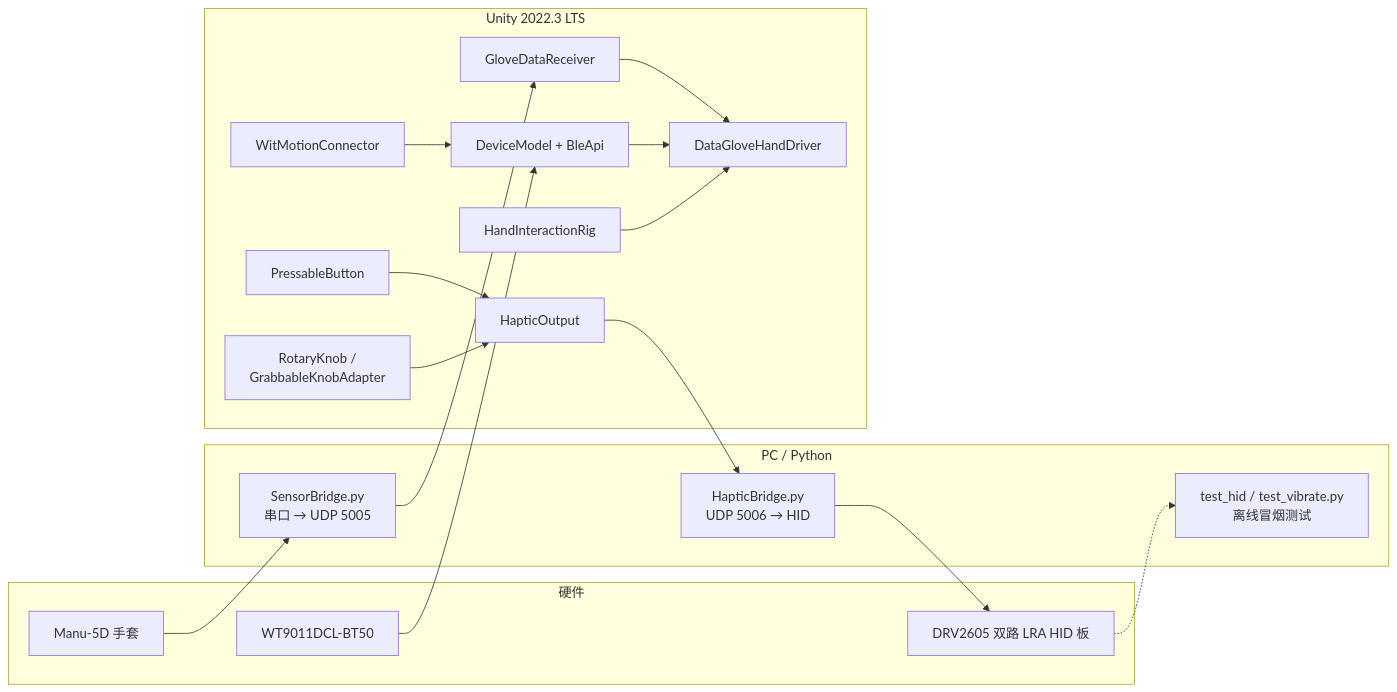
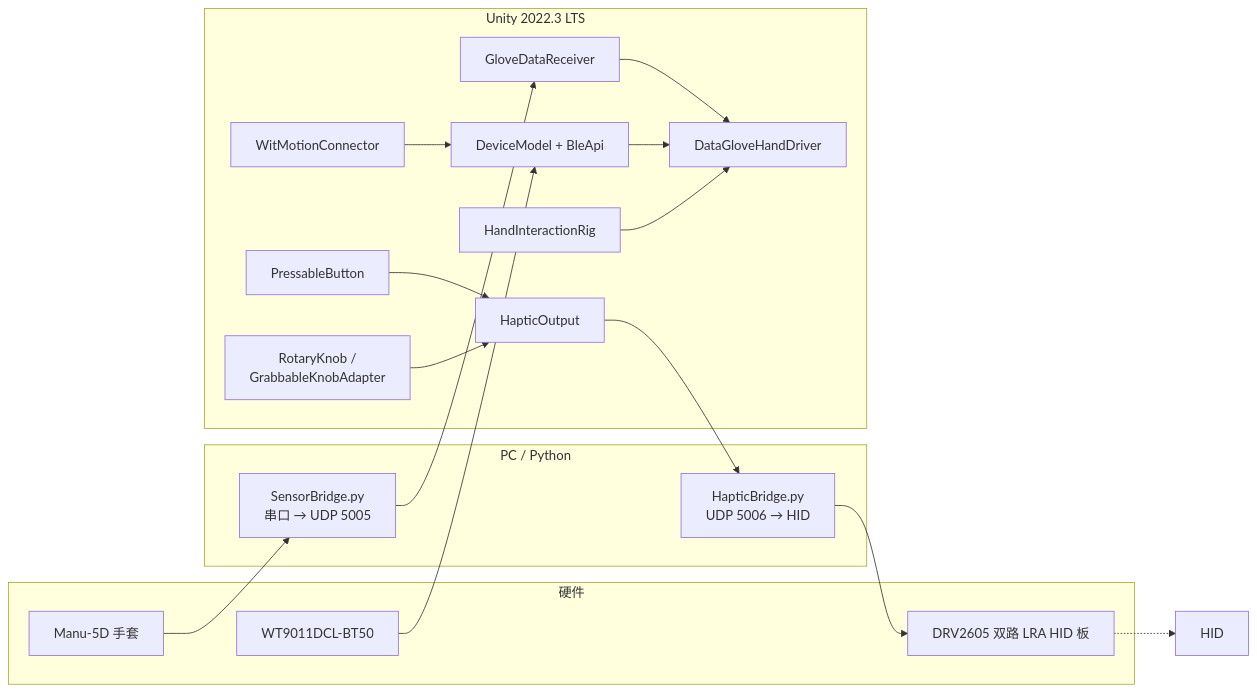
Before and after one commit to Eijiurus/Unity-Haptic-Hands: the diagram in README.md, drawn with Mermaid. The commit also changed other lines of this file and 18 other files, not shown here.

````diff
--- a/README.md
+++ b/README.md
@@ -28,31 +28,30 @@
 ```mermaid
 flowchart LR
   subgraph HW[硬件]
     Glove[Manu-5D 手套]
     IMU[WT9011DCL-BT50]
     Haptic[DRV2605 双路 LRA HID 板]
   end
   subgraph PC[PC / Python]
     Bridge[SensorBridge.py\n串口 → UDP 5005]
     HBridge[HapticBridge.py\nUDP 5006 → HID]
-    HID[test_hid / test_vibrate.py\n离线冒烟测试]
   end
   subgraph Unity[Unity 2022.3 LTS]
     Recv[GloveDataReceiver]
     Drv[DataGloveHandDriver]
     Wit[WitMotionConnector]
     Dev[DeviceModel + BleApi]
     Rig[HandInteractionRig]
     Knob[RotaryKnob /\nGrabbableKnobAdapter]
     Btn[PressableButton]
     HOut[HapticOutput]
   end
   Glove --> Bridge --> Recv --> Drv
   IMU --> Dev --> Drv
   Wit --> Dev
   Rig --> Drv
   Btn --> HOut
   Knob --> HOut
   HOut --> HBridge --> Haptic
   Haptic -.-> HID
 ```
````
